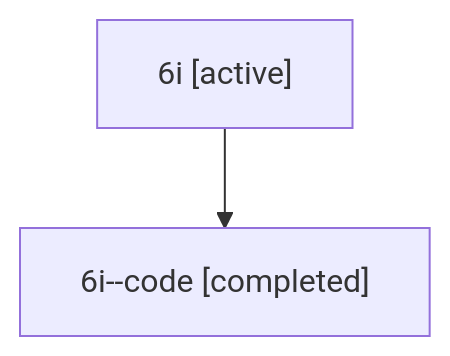
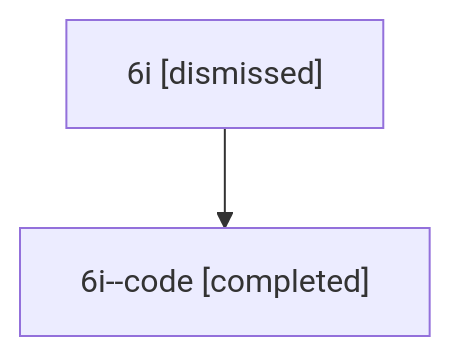
The diagram in sessions/bbugyi200.athena.6i.md (bobs-org/bob-cli--agents), drawn with Mermaid before and after one commit. The commit also changed other lines of this file and 22 other files, not shown here.

````diff
--- a/sessions/bbugyi200.athena.6i.md
+++ b/sessions/bbugyi200.athena.6i.md
@@ -9,6 +9,6 @@
 ```mermaid
 flowchart TD
-  n0["6i [active]"]
+  n0["6i [dismissed]"]
   n1["6i--code [completed]"]
   n0 --> n1
 ```
````
